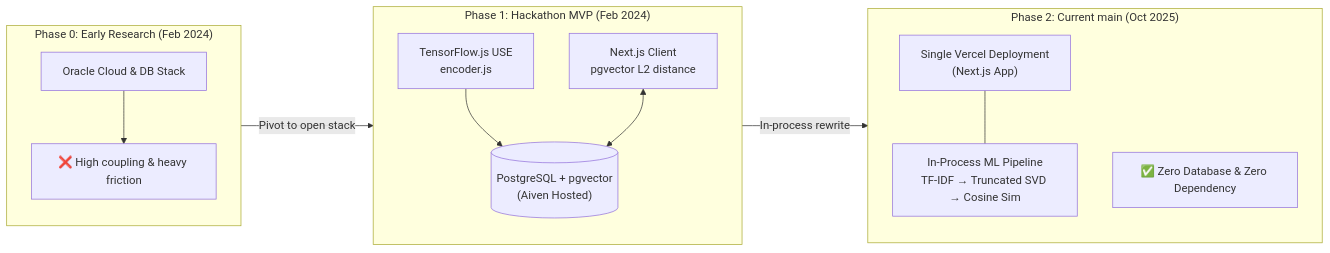
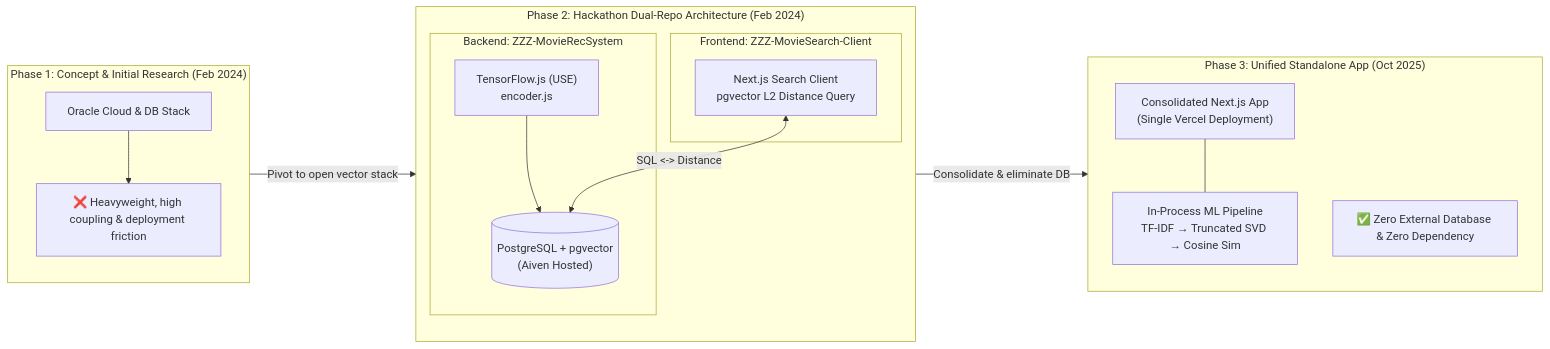
One commit to ZZZ-RecSys/ZZZ-MovieRecSystem changed the diagram in README.md. Above: the diagram before and after it, drawn with Mermaid. The commit also changed other lines of this file, not shown here.

Commit message:
docs: clarify 3 phases with dual-repo architecture indexing

````diff
--- a/README.md
+++ b/README.md
@@ -10,26 +10,31 @@
 ```mermaid
 flowchart LR
-    subgraph P0 ["Phase 0: Early Research (Feb 2024)"]
+    subgraph P1 ["Phase 1: Concept & Initial Research (Feb 2024)"]
         direction TB
         O1["Oracle Cloud & DB Stack"]
-        O2["❌ High coupling & heavy friction"]
+        O2["❌ Heavyweight, high coupling & deployment friction"]
         O1 --> O2
     end
 
-    subgraph P1 ["Phase 1: Hackathon MVP (Feb 2024)"]
+    subgraph P2 ["Phase 2: Hackathon Dual-Repo Architecture (Feb 2024)"]
         direction TB
-        TF["TensorFlow.js USE<br/>encoder.js"] --> PG[("PostgreSQL + pgvector<br/>(Aiven Hosted)")]
-        C1["Next.js Client<br/>pgvector L2 distance"] <--> PG
+        subgraph P2B ["Backend: ZZZ-MovieRecSystem"]
+            TF["TensorFlow.js (USE)<br/>encoder.js"] --> PG[("PostgreSQL + pgvector<br/>(Aiven Hosted)")]
+        end
+        subgraph P2F ["Frontend: ZZZ-MovieSearch-Client"]
+            FE["Next.js Search Client<br/>pgvector L2 Distance Query"]
+        end
+        FE <-->|"SQL &lt;-&gt; Distance"| PG
     end
 
-    subgraph P2 ["Phase 2: Current main (Oct 2025)"]
+    subgraph P3 ["Phase 3: Unified Standalone App (Oct 2025)"]
         direction TB
-        V1["Single Vercel Deployment<br/>(Next.js App)"]
+        V1["Consolidated Next.js App<br/>(Single Vercel Deployment)"]
         V2["In-Process ML Pipeline<br/>TF-IDF → Truncated SVD → Cosine Sim"]
         V1 --- V2
-        V3["✅ Zero Database & Zero Dependency"]
+        V3["✅ Zero External Database & Zero Dependency"]
     end
 
-    P0 -->|Pivot to open stack| P1
-    P1 -->|In-process rewrite| P2
+    P1 -->|Pivot to open vector stack| P2
+    P2 -->|Consolidate & eliminate DB| P3
 ```
````
